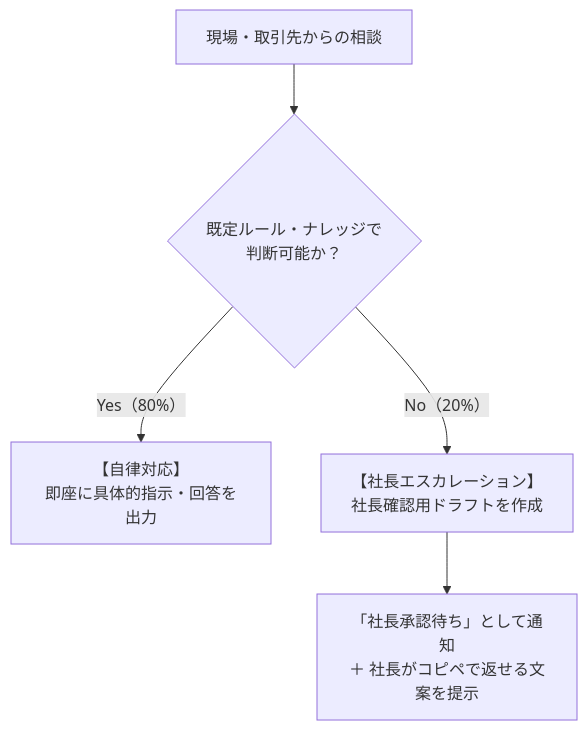
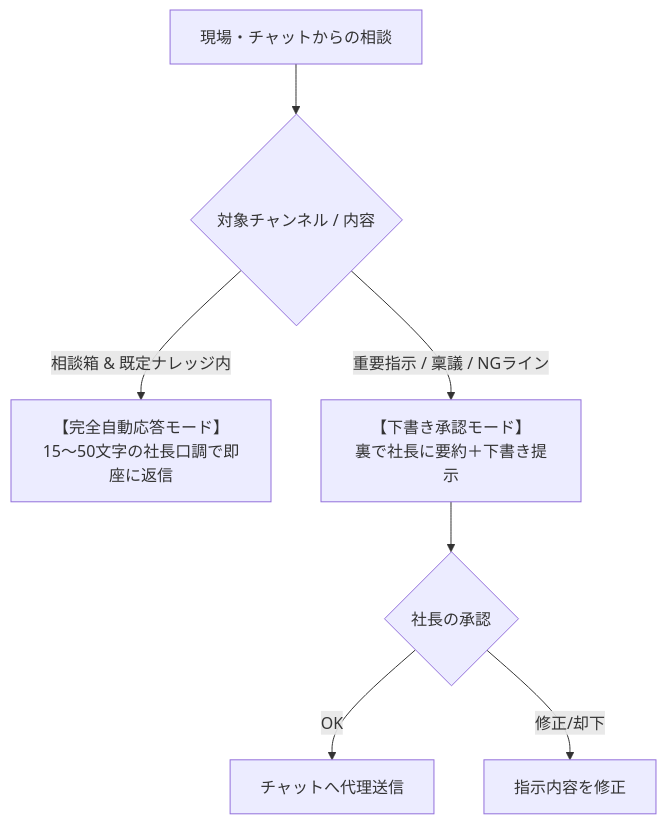
One commit to keiyamamoto-web/SMB-CEO-PoC-Samurai changed the second of 2 diagrams in prompts/ceo_proxy_system_prompt.md. Above: the diagram before and after it, drawn with Mermaid. The commit also changed other lines of this file and 3 other files, not shown here.

````diff
--- a/prompts/ceo_proxy_system_prompt.md
+++ b/prompts/ceo_proxy_system_prompt.md
@@ -65,9 +88,11 @@
 ```mermaid
 flowchart TD
-    Q[現場・取引先からの相談] --> Judgement{既定ルール・ナレッジで<br/>判断可能か？}
+    Q[現場・チャットからの相談] --> Judgement{対象チャンネル / 内容}
     
-    Judgement -->|Yes（80%）| Self[【自律対応】<br/>即座に具体的指示・回答を出力]
-    Judgement -->|No（20%）| Esc[【社長エスカレーション】<br/>社長確認用ドラフトを作成]
+    Judgement -->|相談箱 & 既定ナレッジ内| Auto[【完全自動応答モード】<br/>15〜50文字の社長口調で即座に返信]
+    Judgement -->|重要指示 / 稟議 / NGライン| Draft[【下書き承認モード】<br/>裏で社長に要約＋下書き提示]
     
-    Esc --> Out[「社長承認待ち」として通知<br/>＋ 社長がコピペで返せる文案を提示]
+    Draft --> Appr{社長の承認}
+    Appr -->|OK| Send[チャットへ代理送信]
+    Appr -->|修正/却下| Fix[指示内容を修正]
 ```
````
